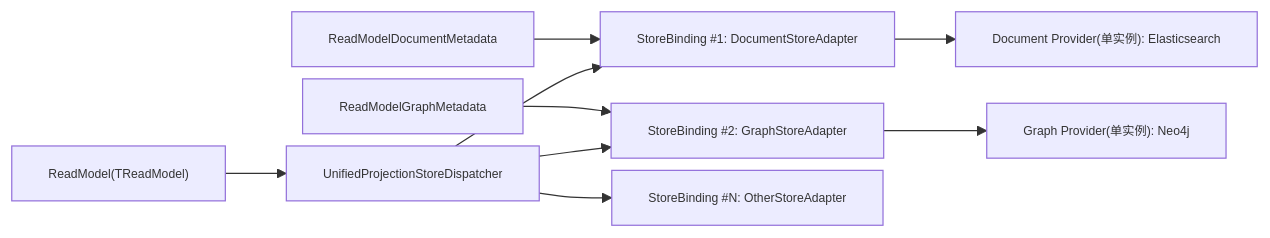
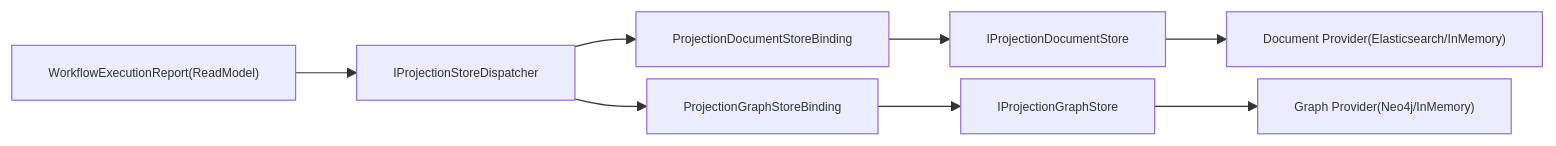
One commit to aevatarAI/aevatar changed the diagram in docs/audit-scorecard/projection-storage-architecture-scorecard-2026-02-24.md. Above: the diagram before and after it, drawn with Mermaid. The commit also changed other lines of this file and 64 other files, not shown here.

First line of the commit message:
Refactor Projection Store Interfaces and Update Dependency Injection

````diff
--- a/docs/audit-scorecard/projection-storage-architecture-scorecard-2026-02-24.md
+++ b/docs/audit-scorecard/projection-storage-architecture-scorecard-2026-02-24.md
@@ -81,15 +45,11 @@
 ```mermaid
 %%{init: {"maxTextSize": 100000, "flowchart": {"useMaxWidth": false, "nodeSpacing": 10, "rankSpacing": 50}, "themeVariables": {"fontSize": "10px"}}}%%
 flowchart LR
-  RM["ReadModel(TReadModel)"] --> UD["UnifiedProjectionStoreDispatcher<TReadModel,TKey>"]
-  UD --> W1["StoreBinding #1: DocumentStoreAdapter<TReadModel,TKey>"]
-  UD --> W2["StoreBinding #2: GraphStoreAdapter<TReadModel,TKey>"]
-  UD --> Wn["StoreBinding #N: OtherStoreAdapter<TReadModel,TKey>"]
-
-  M1["ReadModelDocumentMetadata<TReadModel>"] --> W1
-  M2["ReadModelGraphMetadata<TReadModel>"] --> W2
-
-  W1 --> D1["Document Provider(单实例): Elasticsearch"]
-
-  W2 --> G1["Graph Provider(单实例): Neo4j"]
+  RM["WorkflowExecutionReport(ReadModel)"] --> DSP["IProjectionStoreDispatcher<WorkflowExecutionReport,string>"]
+  DSP --> DB["ProjectionDocumentStoreBinding"]
+  DSP --> GB["ProjectionGraphStoreBinding"]
+  DB --> DS["IProjectionDocumentStore<WorkflowExecutionReport,string>"]
+  GB --> GS["IProjectionGraphStore"]
+  DS --> DP["Document Provider(Elasticsearch/InMemory)"]
+  GS --> GP["Graph Provider(Neo4j/InMemory)"]
 ```
````
